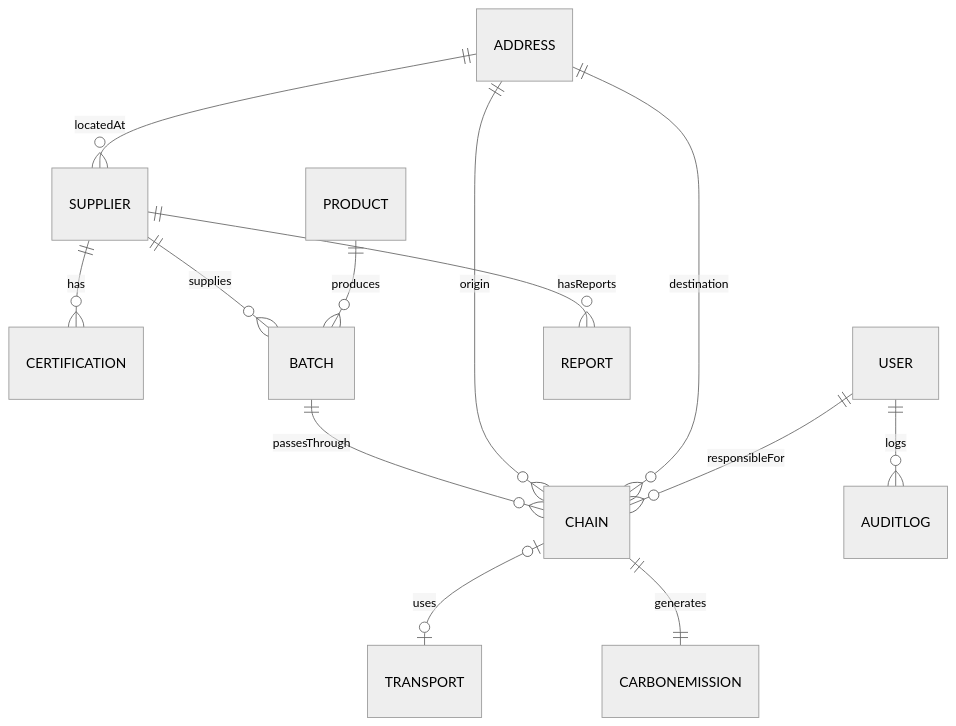
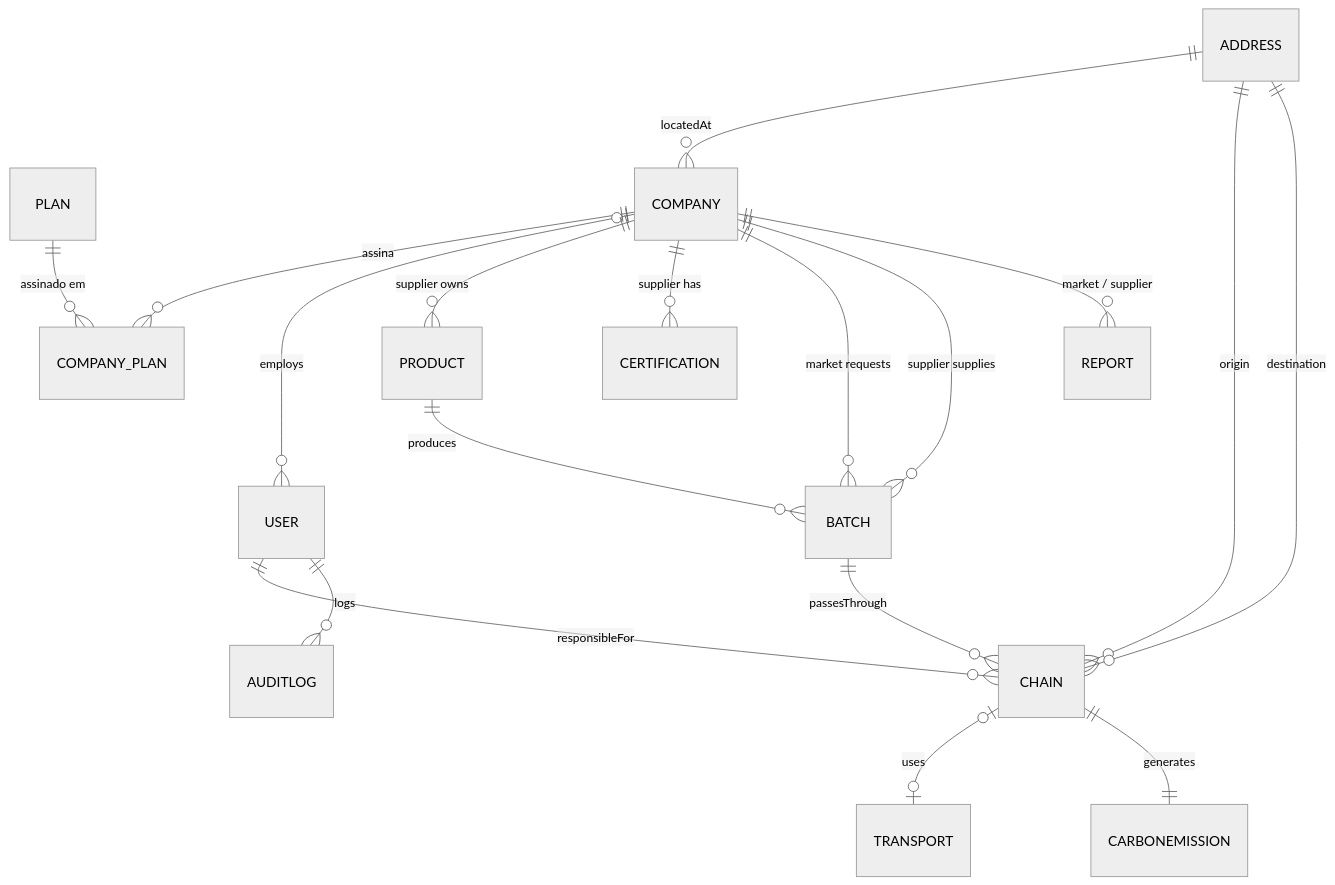
Before and after one commit to matheusnascimentods/supply-chain-verde-api: the diagram in docs/features/000-base/reference.md, drawn with Mermaid (neutral theme). The commit also changed other lines of this file and 3 other files, not shown here.

````diff
--- a/docs/features/000-base/reference.md
+++ b/docs/features/000-base/reference.md
@@ -134,15 +155,20 @@
 ```mermaid
 erDiagram
-  SUPPLIER ||--o{ CERTIFICATION : has
-  SUPPLIER ||--o{ BATCH : supplies
-  ADDRESS ||--o{ SUPPLIER : locatedAt
+  PLAN ||--o{ COMPANY_PLAN : "assinado em"
+  COMPANY ||--o{ COMPANY_PLAN : assina
+  ADDRESS ||--o{ COMPANY : locatedAt
+  COMPANY |o--o{ USER : employs
+  COMPANY ||--o{ PRODUCT : "supplier owns"
+  COMPANY ||--o{ CERTIFICATION : "supplier has"
+  COMPANY ||--o{ BATCH : "market requests"
+  COMPANY ||--o{ BATCH : "supplier supplies"
   PRODUCT ||--o{ BATCH : produces
   BATCH ||--o{ CHAIN : passesThrough
   ADDRESS ||--o{ CHAIN : origin
   ADDRESS ||--o{ CHAIN : destination
   USER ||--o{ CHAIN : responsibleFor
   CHAIN |o--o| TRANSPORT : uses
   CHAIN ||--|| CARBONEMISSION : generates
-  SUPPLIER ||--o{ REPORT : hasReports
+  COMPANY ||--o{ REPORT : "market / supplier"
   USER ||--o{ AUDITLOG : logs
 ```
````
